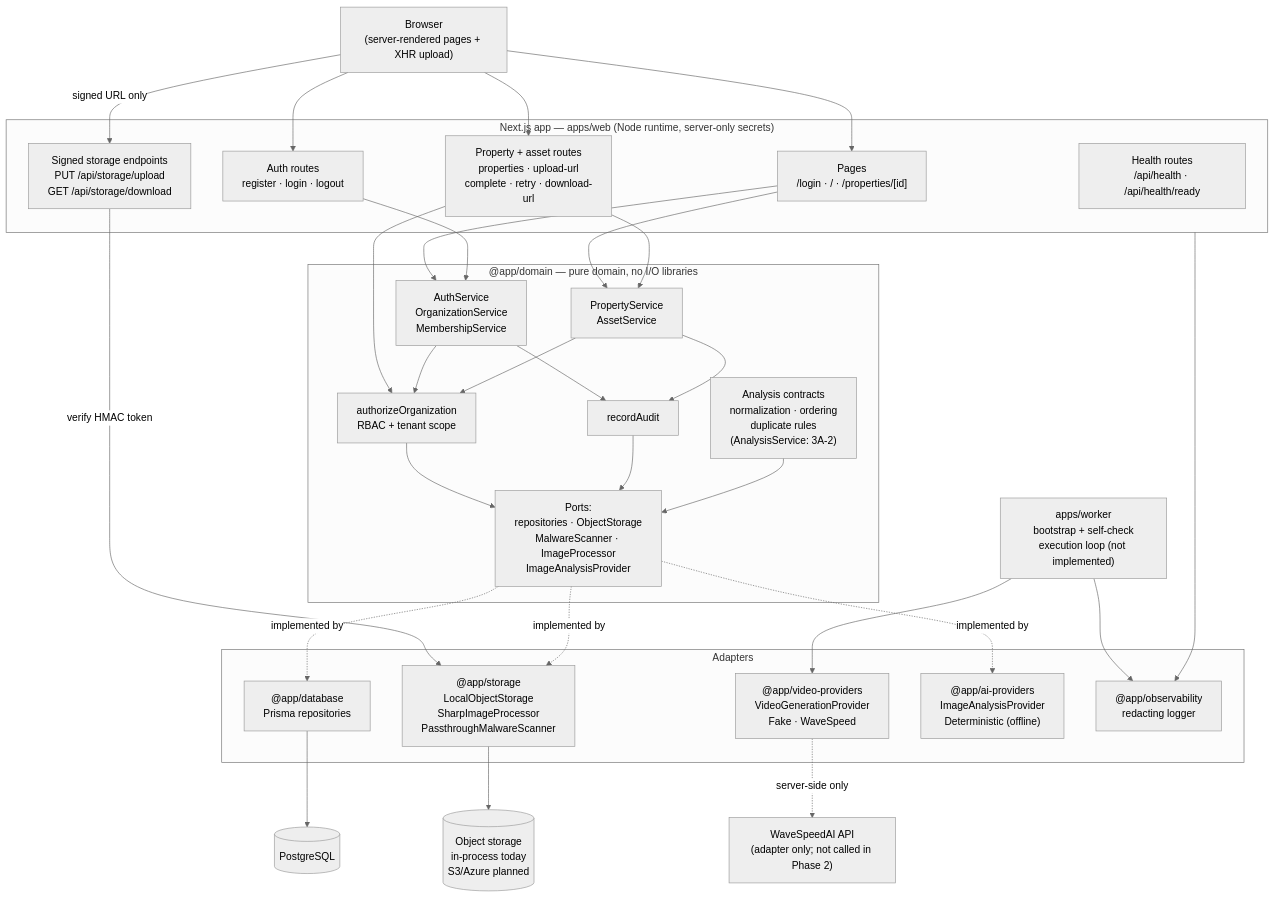
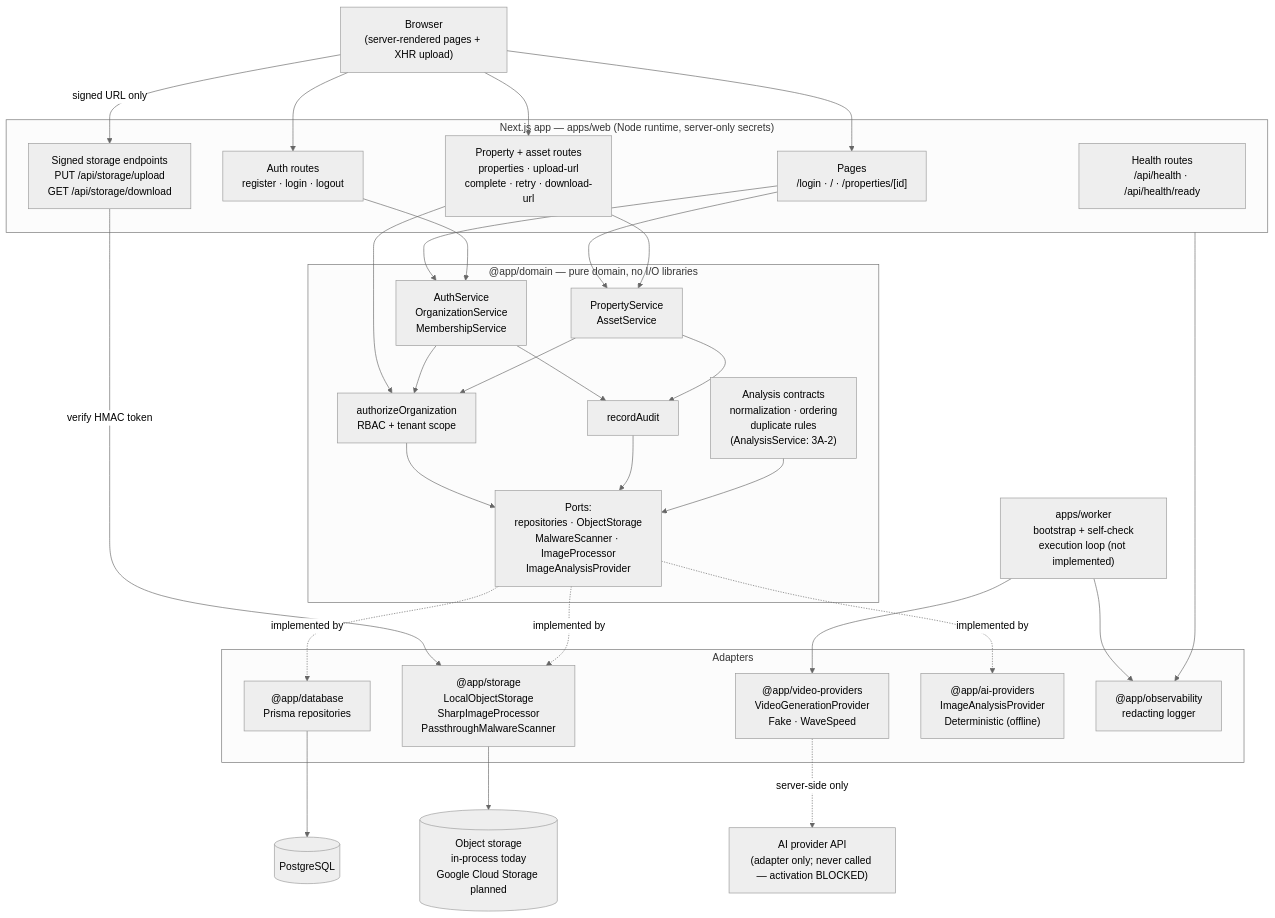
Before and after one commit to TakeTouhu/Real-Estate-Listing-Concept-Video: the diagram in docs/architecture.md, drawn with Mermaid (neutral theme). The commit also changed 15 other files, not shown here.

````diff
--- a/docs/architecture.md
+++ b/docs/architecture.md
@@ -12,66 +12,66 @@
 ```mermaid
 flowchart TB
   browser["Browser<br/>(server-rendered pages + XHR upload)"]
 
   subgraph web["Next.js app — apps/web (Node runtime, server-only secrets)"]
     pages["Pages<br/>/login · / · /properties/[id]"]
     authapi["Auth routes<br/>register · login · logout"]
     propapi["Property + asset routes<br/>properties · upload-url<br/>complete · retry · download-url"]
     storageapi["Signed storage endpoints<br/>PUT /api/storage/upload<br/>GET /api/storage/download"]
     health["Health routes<br/>/api/health · /api/health/ready"]
   end
 
   subgraph domain["@app/domain — pure domain, no I/O libraries"]
     identitysvc["AuthService<br/>OrganizationService<br/>MembershipService"]
     propsvc["PropertyService<br/>AssetService"]
     anasvc["Analysis contracts<br/>normalization · ordering<br/>duplicate rules<br/>(AnalysisService: 3A-2)"]
     authz["authorizeOrganization<br/>RBAC + tenant scope"]
     audit["recordAudit"]
     ports["Ports:<br/>repositories · ObjectStorage<br/>MalwareScanner · ImageProcessor<br/>ImageAnalysisProvider"]
   end
 
   subgraph adapters["Adapters"]
     db["@app/database<br/>Prisma repositories"]
     store["@app/storage<br/>LocalObjectStorage<br/>SharpImageProcessor<br/>PassthroughMalwareScanner"]
     vp["@app/video-providers<br/>VideoGenerationProvider<br/>Fake · WaveSpeed"]
     aip["@app/ai-providers<br/>ImageAnalysisProvider<br/>Deterministic (offline)"]
     obs["@app/observability<br/>redacting logger"]
   end
 
   pg[("PostgreSQL")]
-  objects[("Object storage<br/>in-process today<br/>S3/Azure planned")]
-  wavespeed["WaveSpeedAI API<br/>(adapter only; not called in Phase 2)"]
+  objects[("Object storage<br/>in-process today<br/>Google Cloud Storage planned")]
+  wavespeed["AI provider API<br/>(adapter only; never called — activation BLOCKED)"]
 
   worker["apps/worker<br/>bootstrap + self-check<br/>execution loop (not implemented)"]
 
   browser --> pages
   browser --> authapi
   browser --> propapi
   browser -- "signed URL only" --> storageapi
 
   pages --> identitysvc
   pages --> propsvc
   authapi --> identitysvc
   propapi --> propsvc
   propapi --> authz
   storageapi -- "verify HMAC token" --> store
 
   identitysvc --> authz
   propsvc --> authz
   identitysvc --> audit
   propsvc --> audit
   authz --> ports
   audit --> ports
 
   ports -.implemented by.-> db
   ports -.implemented by.-> store
   ports -.implemented by.-> aip
   anasvc --> ports
 
   db --> pg
   store --> objects
   worker --> vp
   vp -.server-side only.-> wavespeed
   web --> obs
   worker --> obs
 ```
````
